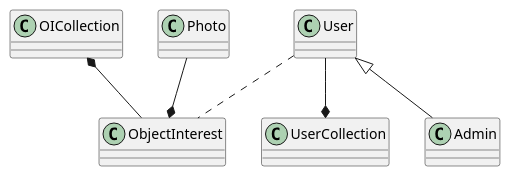
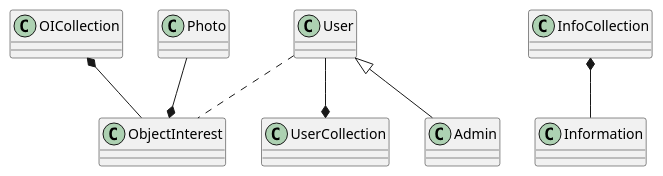
One commit to Jennglebell/CZ2006-AAAAAA changed the diagram in lab2/Entity Class.puml. Above: the diagram before and after it, drawn with PlantUML. The commit also changed 1 other file, not shown here.

```diff
--- a/lab2/Entity Class.puml
+++ b/lab2/Entity Class.puml
@@ -1,7 +1,8 @@
 @startuml Entity Class Diagram
 OICollection *-- ObjectInterest
 Photo --* ObjectInterest
 User --* UserCollection
 User <|-- Admin
 User .. ObjectInterest
+InfoCollection *-- Information
 @enduml
```
